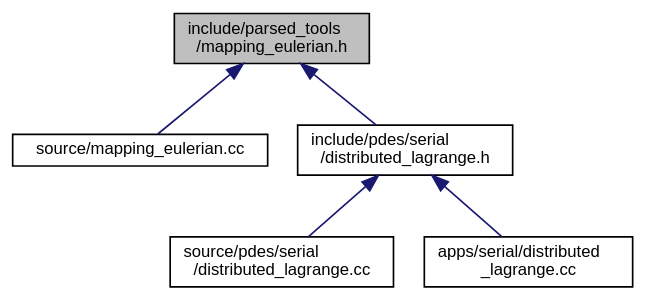
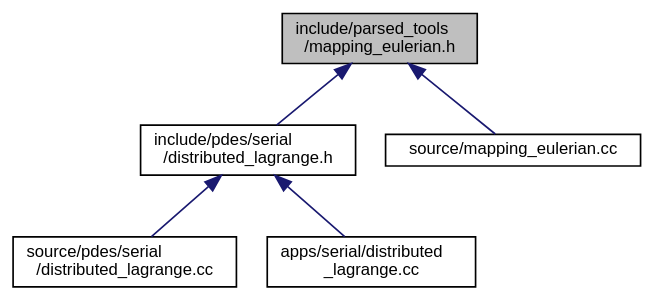
Before and after one commit to luca-heltai/fsi-suite: the diagram in mapping__eulerian_8h__dep__incl.dot, drawn with Graphviz. The commit also changed 642 other files, not shown here.

```diff
--- a/mapping__eulerian_8h__dep__incl.dot
+++ b/mapping__eulerian_8h__dep__incl.dot
@@ -1,16 +1,16 @@
 digraph "include/parsed_tools/mapping_eulerian.h"
 {
  // LATEX_PDF_SIZE
   bgcolor="transparent";
   edge [fontname="Helvetica",fontsize="10",labelfontname="Helvetica",labelfontsize="10"];
   node [fontname="Helvetica",fontsize="10",shape=record];
   Node1 [label="include/parsed_tools\l/mapping_eulerian.h",height=0.2,width=0.4,color="black", fillcolor="grey75", style="filled", fontcolor="black",tooltip=" "];
   Node1 -> Node2 [dir="back",color="midnightblue",fontsize="10",style="solid",fontname="Helvetica"];
-  Node2 [label="source/mapping_eulerian.cc",height=0.2,width=0.4,color="black",URL="$mapping__eulerian_8cc.html",tooltip=" "];
-  Node1 -> Node3 [dir="back",color="midnightblue",fontsize="10",style="solid",fontname="Helvetica"];
-  Node3 [label="include/pdes/serial\l/distributed_lagrange.h",height=0.2,width=0.4,color="black",URL="$distributed__lagrange_8h.html",tooltip=" "];
-  Node3 -> Node4 [dir="back",color="midnightblue",fontsize="10",style="solid",fontname="Helvetica"];
-  Node4 [label="source/pdes/serial\l/distributed_lagrange.cc",height=0.2,width=0.4,color="black",URL="$source_2pdes_2serial_2distributed__lagrange_8cc.html",tooltip=" "];
-  Node3 -> Node5 [dir="back",color="midnightblue",fontsize="10",style="solid",fontname="Helvetica"];
-  Node5 [label="apps/serial/distributed\l_lagrange.cc",height=0.2,width=0.4,color="black",URL="$apps_2serial_2distributed__lagrange_8cc.html",tooltip=" "];
+  Node2 [label="include/pdes/serial\l/distributed_lagrange.h",height=0.2,width=0.4,color="black",URL="$distributed__lagrange_8h.html",tooltip=" "];
+  Node2 -> Node3 [dir="back",color="midnightblue",fontsize="10",style="solid",fontname="Helvetica"];
+  Node3 [label="source/pdes/serial\l/distributed_lagrange.cc",height=0.2,width=0.4,color="black",URL="$source_2pdes_2serial_2distributed__lagrange_8cc.html",tooltip=" "];
+  Node2 -> Node4 [dir="back",color="midnightblue",fontsize="10",style="solid",fontname="Helvetica"];
+  Node4 [label="apps/serial/distributed\l_lagrange.cc",height=0.2,width=0.4,color="black",URL="$apps_2serial_2distributed__lagrange_8cc.html",tooltip=" "];
+  Node1 -> Node5 [dir="back",color="midnightblue",fontsize="10",style="solid",fontname="Helvetica"];
+  Node5 [label="source/mapping_eulerian.cc",height=0.2,width=0.4,color="black",URL="$mapping__eulerian_8cc.html",tooltip=" "];
 }
```
